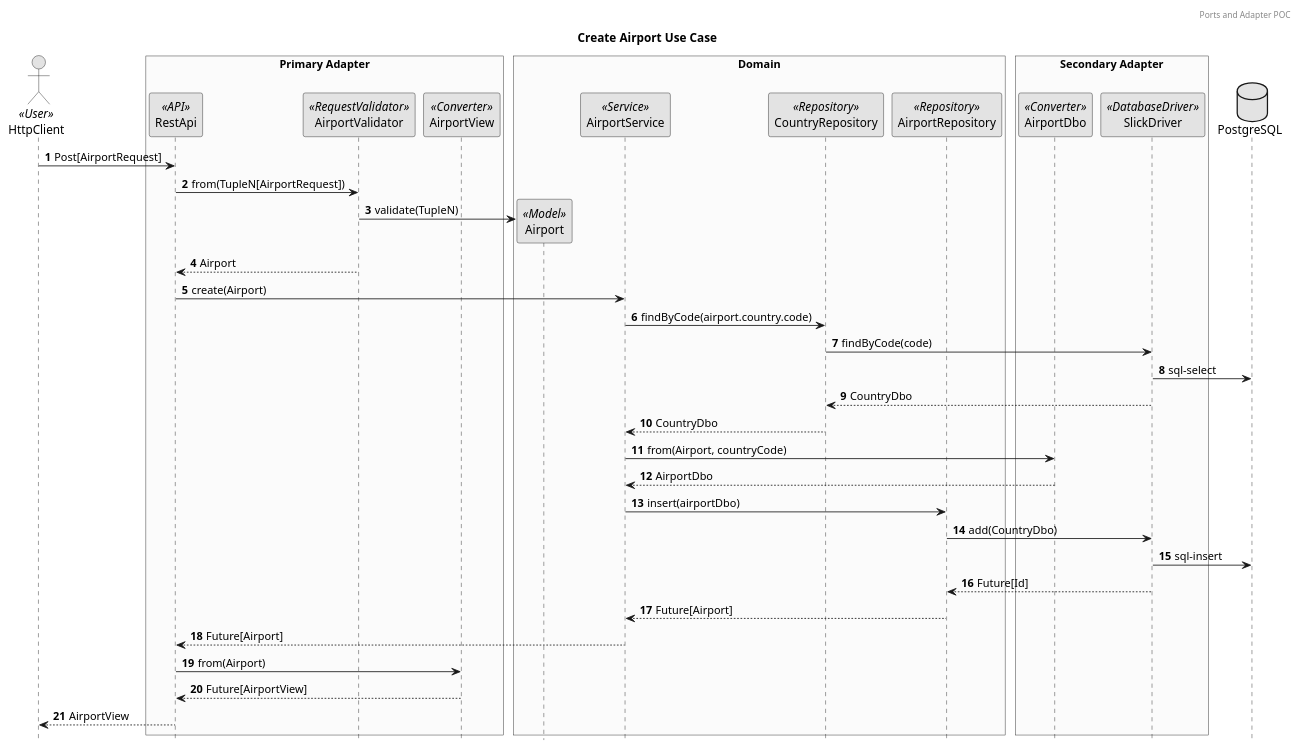
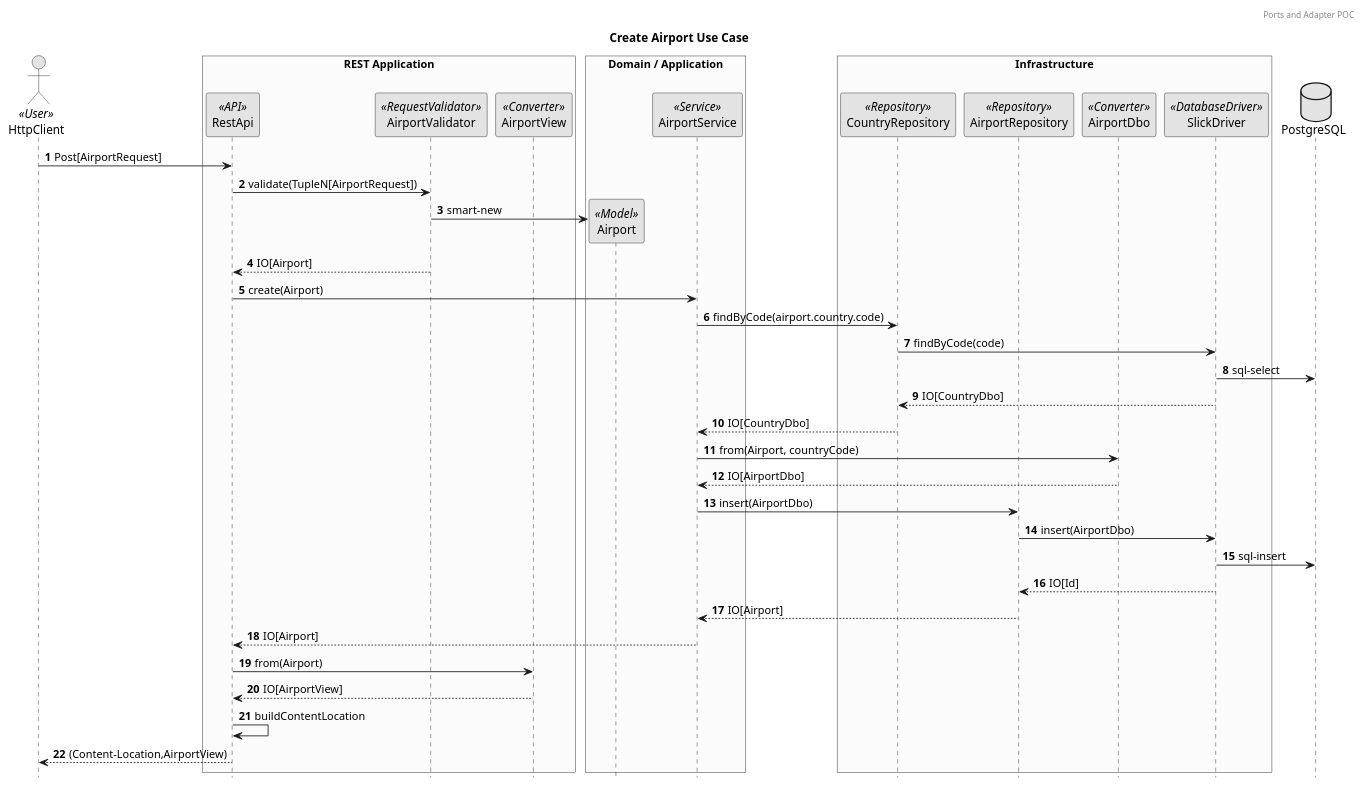
One commit to butcherless/incubator changed the diagram in hexagonal/docs/create-airport.puml. Above: the diagram before and after it, drawn with PlantUML. The commit also changed 1 other file, not shown here.

```diff
--- a/hexagonal/docs/create-airport.puml
+++ b/hexagonal/docs/create-airport.puml
@@ -1,50 +1,51 @@
 @startuml
 skinparam monochrome true
 skinparam BoxPadding 5
 header Ports and Adapter POC
 title Create Airport Use Case
 
 hide footbox
 actor HttpClient as user << User >>
 
-box "Primary Adapter" #FBFBFB
-participant "RestApi" as api << API >>
-participant "AirportValidator" as validator << RequestValidator >>
-participant "AirportView" as view << Converter >>
+box "REST Application" #FBFBFB
+ participant "RestApi" as api << API >>
+ participant "AirportValidator" as validator << RequestValidator >>
+ participant "AirportView" as view << Converter >>
 end box
-box "Domain" #FBFBFB
-participant "Airport" as airport << Model >>
-participant "AirportService" as service << Service >>
-participant "CountryRepository" as countryRepo << Repository >>
-participant "AirportRepository" as airportRepo << Repository >>
+box "Domain / Application" #FBFBFB
+ participant "Airport" as airport << Model >>
+ participant "AirportService" as service << Service >>
 end box
-box "Secondary Adapter" #FBFBFB
-participant "AirportDbo" as dbo << Converter >>
-participant "SlickDriver" as db << DatabaseDriver >>
+box "Infrastructure" #FBFBFB
+ participant "CountryRepository" as countryRepo << Repository >>
+ participant "AirportRepository" as airportRepo << Repository >>
+ participant "AirportDbo" as dbo << Converter >>
+ participant "SlickDriver" as db << DatabaseDriver >>
 end box
 
 database PostgreSQL as pgdb
 
 autonumber
 user -> api: Post[AirportRequest]
-api -> validator : from(TupleN[AirportRequest])
-validator -> airport ** : validate(TupleN)
-validator --> api: Airport
+api -> validator : validate(TupleN[AirportRequest])
+validator -> airport ** : smart-new
+validator --> api: IO[Airport]
 api -> service: create(Airport)
 service -> countryRepo : findByCode(airport.country.code)
 countryRepo -> db: findByCode(code)
 db -> pgdb : sql-select
-db --> countryRepo: CountryDbo
-countryRepo --> service: CountryDbo
+db --> countryRepo: IO[CountryDbo]
+countryRepo --> service: IO[CountryDbo]
 service -> dbo: from(Airport, countryCode)
-dbo --> service: AirportDbo
-service -> airportRepo: insert(airportDbo)
-airportRepo -> db : add(CountryDbo)
+dbo --> service: IO[AirportDbo]
+service -> airportRepo: insert(AirportDbo)
+airportRepo -> db : insert(AirportDbo)
 db -> pgdb : sql-insert
-db --> airportRepo : Future[Id]
-airportRepo --> service : Future[Airport]
-service --> api : Future[Airport]
+db --> airportRepo : IO[Id]
+airportRepo --> service : IO[Airport]
+service --> api : IO[Airport]
 api -> view : from(Airport)
-view --> api : Future[AirportView]
-api --> user : AirportView
+view --> api : IO[AirportView]
+api -> api: buildContentLocation
+api --> user : (Content-Location,AirportView)
 @enduml
```
